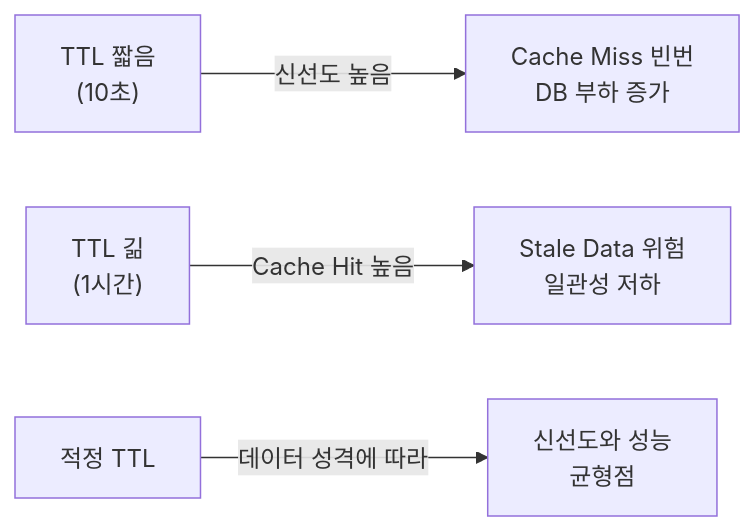
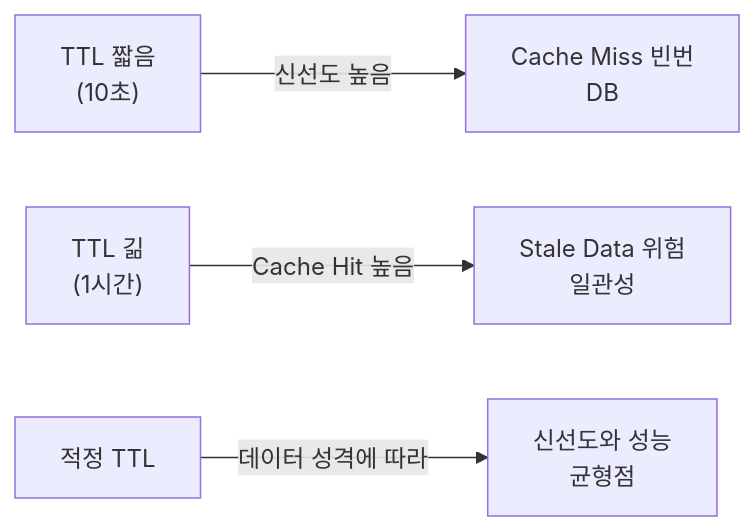
The second of 8 diagrams in _posts/caching/2026-05-03-cache-invalidation.md (yjkim2015/yjkim2015.github.io), drawn with Mermaid before and after one commit. The commit also changed other lines of this file and 271 other files, not shown here.

First line of the commit message:
Mermaid 라벨 축소: 긴 노드 텍스트 18자 이하로 트림 + \n 제거

````diff
--- a/_posts/caching/2026-05-03-cache-invalidation.md
+++ b/_posts/caching/2026-05-03-cache-invalidation.md
@@ -48,6 +48,6 @@
 ```mermaid
 graph LR
-    A["TTL 짧음\n(10초)"] -->|"신선도 높음"| B["Cache Miss 빈번\nDB 부하 증가"]
-    C["TTL 긺\n(1시간)"] -->|"Cache Hit 높음"| D["Stale Data 위험\n일관성 저하"]
+    A["TTL 짧음\n(10초)"] -->|"신선도 높음"| B["Cache Miss 빈번\nDB"]
+    C["TTL 긺\n(1시간)"] -->|"Cache Hit 높음"| D["Stale Data 위험\n일관성"]
     E["적정 TTL"] -->|"데이터 성격에 따라"| F["신선도와 성능\n균형점"]
 ```
````
